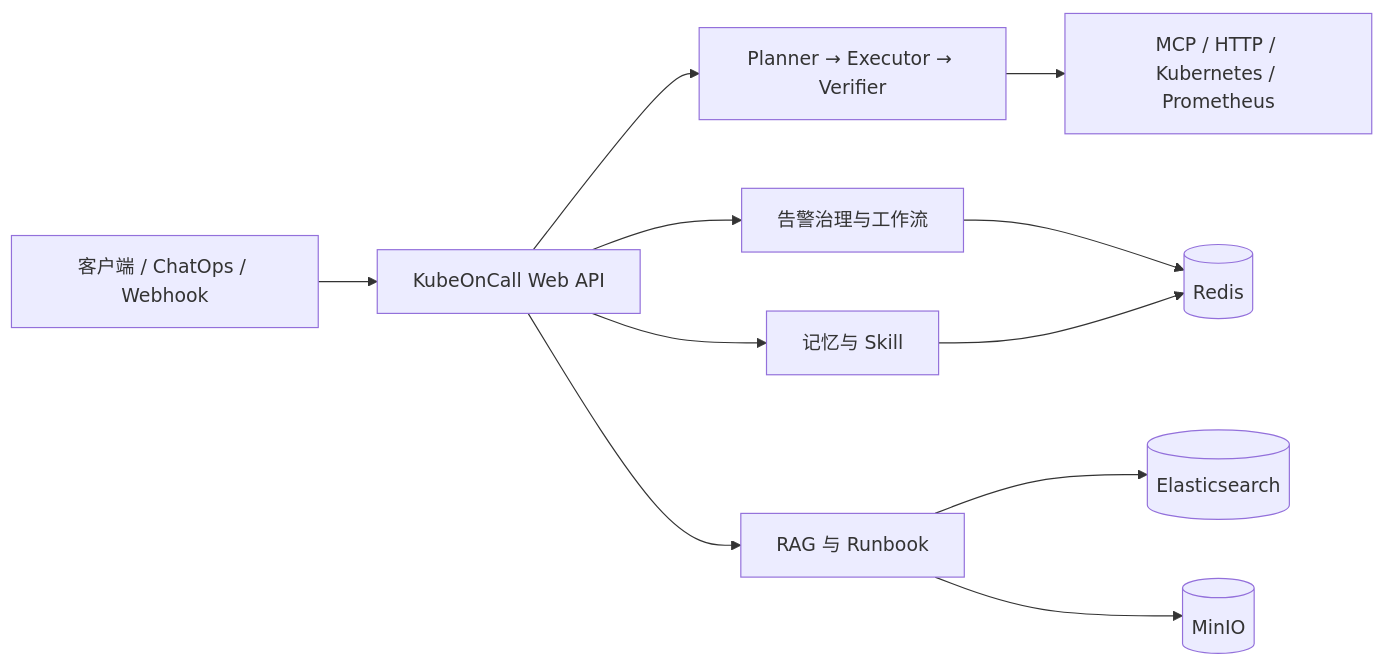
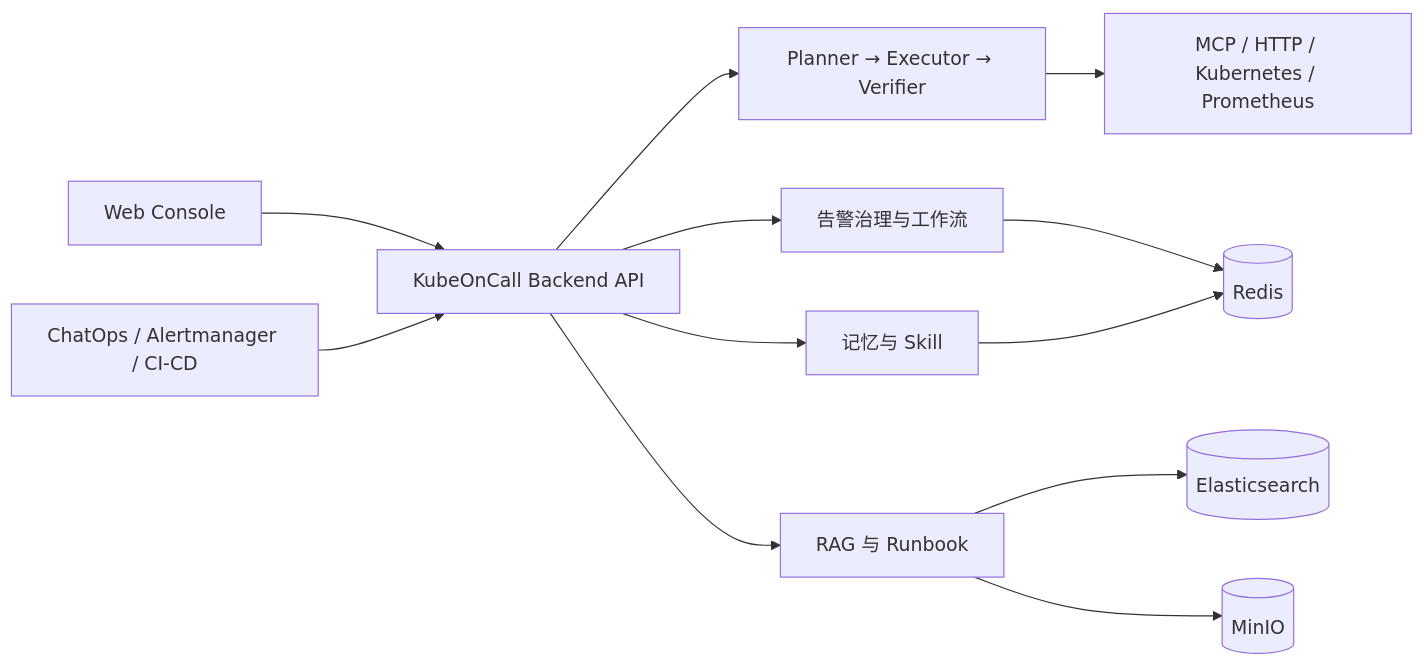
One commit to oxygen914/kubeoncall changed the diagram in README.md. Above: the diagram before and after it, drawn with Mermaid. The commit also changed other lines of this file and 527 other files, not shown here.

````diff
--- a/README.md
+++ b/README.md
@@ -30,13 +30,14 @@
 ```mermaid
 flowchart LR
-    C["客户端 / ChatOps / Webhook"] --> API["KubeOnCall Web API"]
+    C["Web Console"] --> API["KubeOnCall Backend API"]
+    W["ChatOps / Alertmanager / CI-CD"] --> API
     API --> Agent["Planner → Executor → Verifier"]
     API --> Alarm["告警治理与工作流"]
     API --> RAG["RAG 与 Runbook"]
     API --> Memory["记忆与 Skill"]
     Agent --> Tools["MCP / HTTP / Kubernetes / Prometheus"]
     Alarm --> Redis[("Redis")]
     Memory --> Redis
     RAG --> ES[("Elasticsearch")]
     RAG --> MinIO[("MinIO")]
 ```
````
